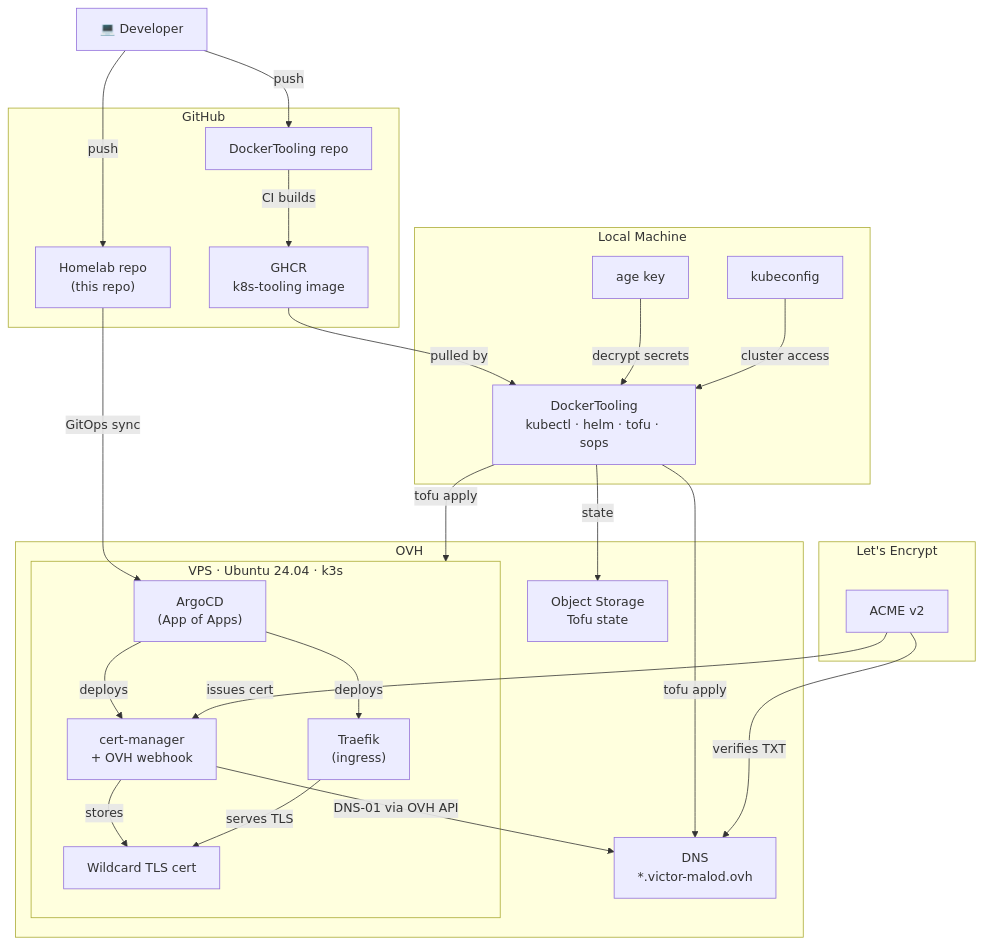
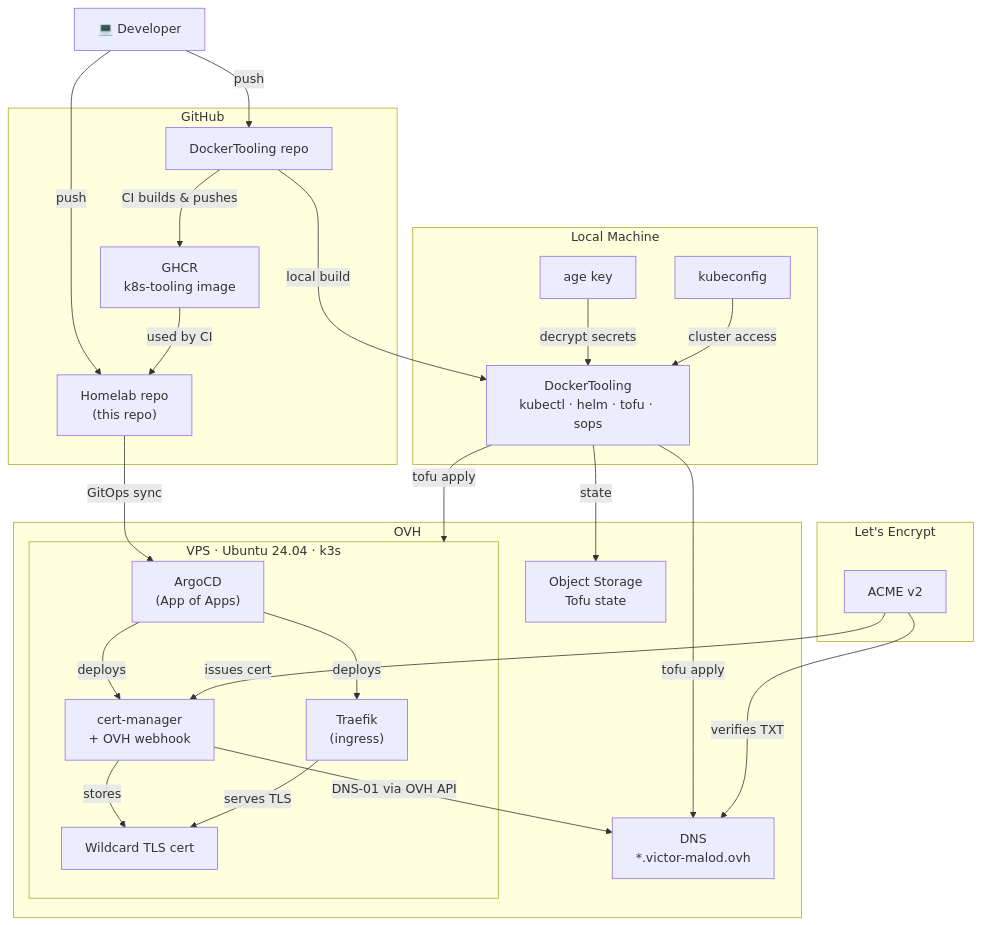
The diagram in README.md (VictorMalodPortfolio/Homelab), drawn with Mermaid before and after one commit.

Commit message:
fix: correct architecture diagram — tooling builds locally, GHCR used by CI

````diff
--- a/README.md
+++ b/README.md
@@ -11,50 +11,51 @@
 ```mermaid
 graph TD
     dev["💻 Developer"]
 
     subgraph local["Local Machine"]
         tooling["DockerTooling\nkubectl · helm · tofu · sops"]
         age["age key"]
         kubeconfig["kubeconfig"]
     end
 
     subgraph github["GitHub"]
         homelab_repo["Homelab repo\n(this repo)"]
         docker_repo["DockerTooling repo"]
         ghcr["GHCR\nk8s-tooling image"]
     end
 
     subgraph ovh["OVH"]
         dns["DNS\n*.victor-malod.ovh"]
         s3["Object Storage\nTofu state"]
 
         subgraph vps["VPS · Ubuntu 24.04 · k3s"]
             argocd["ArgoCD\n(App of Apps)"]
             cert_manager["cert-manager\n+ OVH webhook"]
             traefik["Traefik\n(ingress)"]
             tls_secret["Wildcard TLS cert"]
         end
     end
 
     subgraph letsencrypt["Let's Encrypt"]
         acme["ACME v2"]
     end
 
     dev -->|"push"| homelab_repo
     dev -->|"push"| docker_repo
-    docker_repo -->|"CI builds"| ghcr
-    ghcr -->|"pulled by"| tooling
+    docker_repo -->|"CI builds & pushes"| ghcr
+    docker_repo -->|"local build"| tooling
+    ghcr -->|"used by CI"| homelab_repo
     age -->|"decrypt secrets"| tooling
     kubeconfig -->|"cluster access"| tooling
     tooling -->|"tofu apply"| vps
     tooling -->|"tofu apply"| dns
     tooling -->|"state"| s3
     homelab_repo -->|"GitOps sync"| argocd
     argocd -->|"deploys"| cert_manager
     argocd -->|"deploys"| traefik
     cert_manager -->|"DNS-01 via OVH API"| dns
     acme -->|"verifies TXT"| dns
     acme -->|"issues cert"| cert_manager
     cert_manager -->|"stores"| tls_secret
     traefik -->|"serves TLS"| tls_secret
 ```
````
